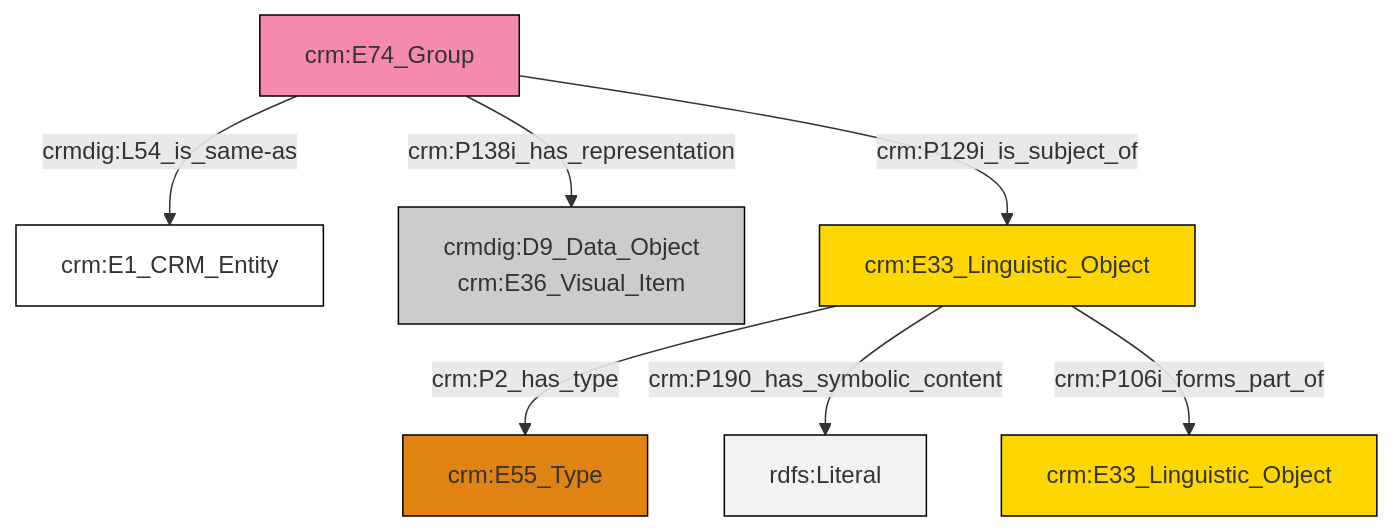
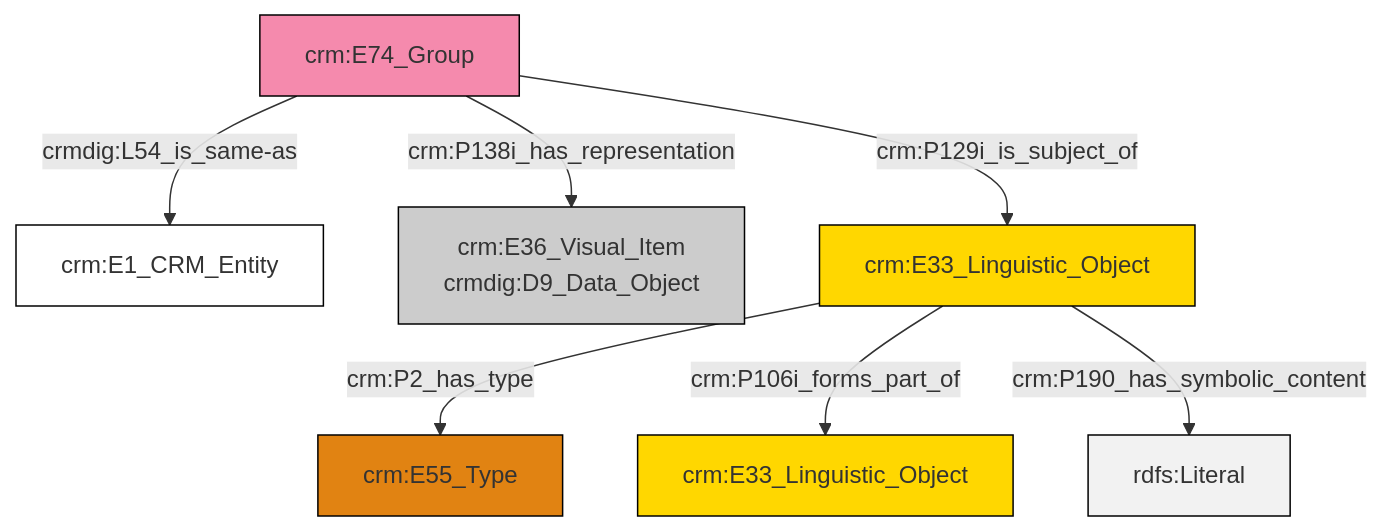
Before and after one commit to swiss-art-research-net/reference-data-models: the diagram in et/groupCSV/ttl/mmd/group_documentation.ttl.mmd, drawn with Mermaid. The commit also changed 130 other files, not shown here.

```diff
--- a/et/groupCSV/ttl/mmd/group_documentation.ttl.mmd
+++ b/et/groupCSV/ttl/mmd/group_documentation.ttl.mmd
@@ -1,21 +1,21 @@
 graph TD
 classDef Literal fill:#f2f2f2,stroke:#000000;
 classDef CRM_Entity fill:#FFFFFF,stroke:#000000;
 classDef Temporal_Entity fill:#00C9E6, stroke:#000000;
 classDef Type fill:#E18312, stroke:#000000;
 classDef Time-Span fill:#2C9C91, stroke:#000000;
 classDef Appellation fill:#FFEB7F, stroke:#000000;
 classDef Place fill:#008836, stroke:#000000;
 classDef Persistent_Item fill:#B266B2, stroke:#000000;
 classDef Conceptual_Object fill:#FFD700, stroke:#000000;
 classDef Physical_Thing fill:#D2B48C, stroke:#000000;
 classDef Actor fill:#f58aad, stroke:#000000;
 classDef PC_Classes fill:#4ce600, stroke:#000000;
 classDef Multi fill:#cccccc,stroke:#000000;
 
-4["crm:E74_Group"]:::Actor -->|crm:P138i_has_representation| 6["crmdig:D9_Data_Object<br>crm:E36_Visual_Item"]:::Multi
-4["crm:E74_Group"]:::Actor -->|crmdig:L54_is_same-as| 0["crm:E1_CRM_Entity"]:::CRM_Entity
-11["crm:E33_Linguistic_Object"]:::Conceptual_Object -->|crm:P2_has_type| 8["crm:E55_Type"]:::Type
-11["crm:E33_Linguistic_Object"]:::Conceptual_Object -->|crm:P190_has_symbolic_content| 13[rdfs:Literal]:::Literal
-4["crm:E74_Group"]:::Actor -->|crm:P129i_is_subject_of| 11["crm:E33_Linguistic_Object"]:::Conceptual_Object
+11["crm:E33_Linguistic_Object"]:::Conceptual_Object -->|crm:P2_has_type| 6["crm:E55_Type"]:::Type
+8["crm:E74_Group"]:::Actor -->|crmdig:L54_is_same-as| 0["crm:E1_CRM_Entity"]:::CRM_Entity
 11["crm:E33_Linguistic_Object"]:::Conceptual_Object -->|crm:P106i_forms_part_of| 2["crm:E33_Linguistic_Object"]:::Conceptual_Object
+8["crm:E74_Group"]:::Actor -->|crm:P138i_has_representation| 4["crm:E36_Visual_Item<br>crmdig:D9_Data_Object"]:::Multi
+8["crm:E74_Group"]:::Actor -->|crm:P129i_is_subject_of| 11["crm:E33_Linguistic_Object"]:::Conceptual_Object
+11["crm:E33_Linguistic_Object"]:::Conceptual_Object -->|crm:P190_has_symbolic_content| 12[rdfs:Literal]:::Literal
```
